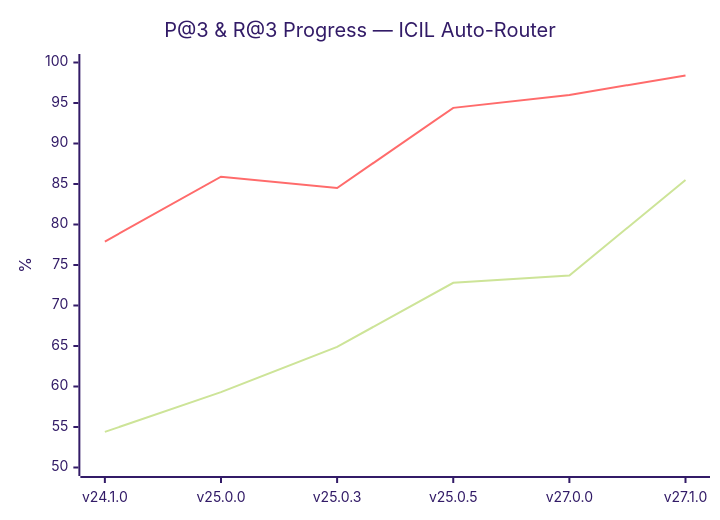
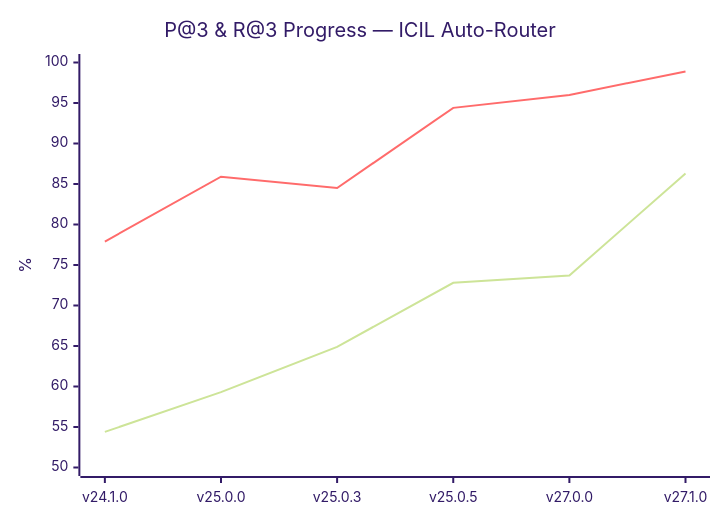
Before and after one commit to kandarlubis31/ICIL: the first of 2 diagrams in README.md, drawn with Mermaid (forest theme). The commit also changed other lines of this file and 37 other files, not shown here.

````diff
--- a/README.md
+++ b/README.md
@@ -63,8 +72,8 @@
 ```mermaid
 xychart-beta
   title "P@3 & R@3 Progress — ICIL Auto-Router"
   x-axis ["v24.1.0", "v25.0.0", "v25.0.3", "v25.0.5", "v27.0.0", "v27.1.0"]
   y-axis "%" 50 --> 100
-  line [54.4, 59.3, 64.9, 72.8, 73.7, 85.5]
-  line [77.9, 85.9, 84.5, 94.4, 96.0, 98.4]
+  line [54.4, 59.3, 64.9, 72.8, 73.7, 86.3]
+  line [77.9, 85.9, 84.5, 94.4, 96.0, 98.9]
 ```
````
